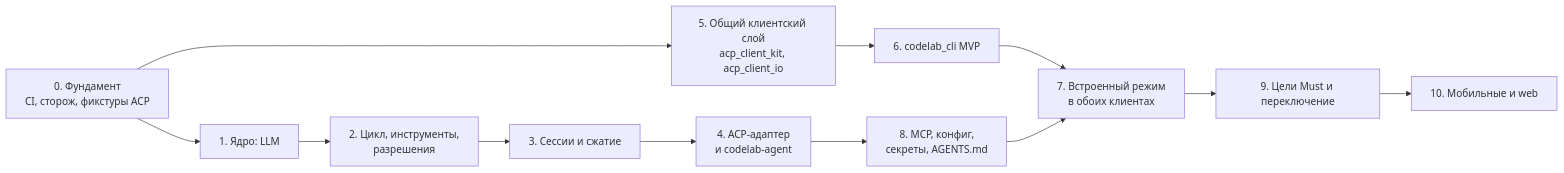
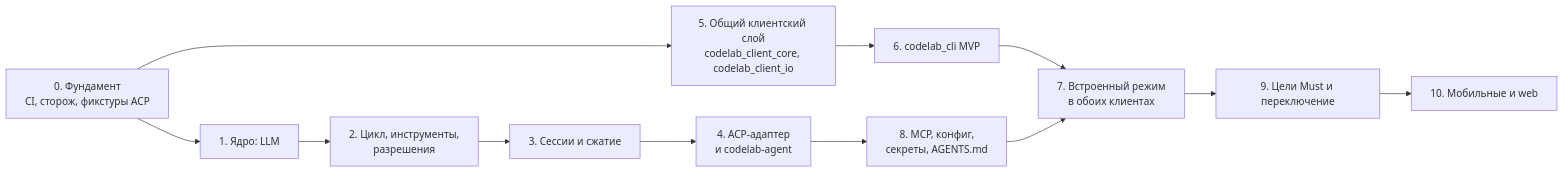
Before and after one commit to pese-git/codelab-app: the first of 2 diagrams in docs/architecture/proposals/dart-agent-and-clients/09-00-migration-plan.md, drawn with Mermaid. The commit also changed other lines of this file and 608 other files, not shown here.

First line of the commit message:
refactor: переименовать пакеты по схеме codelab_<сторона>_<слой> (ADR-0002)

````diff
--- a/docs/architecture/proposals/dart-agent-and-clients/09-00-migration-plan.md
+++ b/docs/architecture/proposals/dart-agent-and-clients/09-00-migration-plan.md
@@ -90,14 +90,14 @@
 ```mermaid
 flowchart LR
     S0["0. Фундамент<br/>CI, сторож, фикстуры ACP"] --> S1["1. Ядро: LLM"]
     S1 --> S2["2. Цикл, инструменты,<br/>разрешения"]
     S2 --> S3["3. Сессии и сжатие"]
     S3 --> S4["4. ACP-адаптер<br/>и codelab-agent"]
-    S0 --> S5["5. Общий клиентский слой<br/>acp_client_kit, acp_client_io"]
+    S0 --> S5["5. Общий клиентский слой<br/>codelab_client_core, codelab_client_io"]
     S5 --> S6["6. codelab_cli MVP"]
     S4 --> S8["8. MCP, конфиг,<br/>секреты, AGENTS.md"]
     S6 --> S7["7. Встроенный режим<br/>в обоих клиентах"]
     S8 --> S7
     S7 --> S9["9. Цели Must и переключение"]
     S9 --> S10["10. Мобильные и web"]
 ```
````
